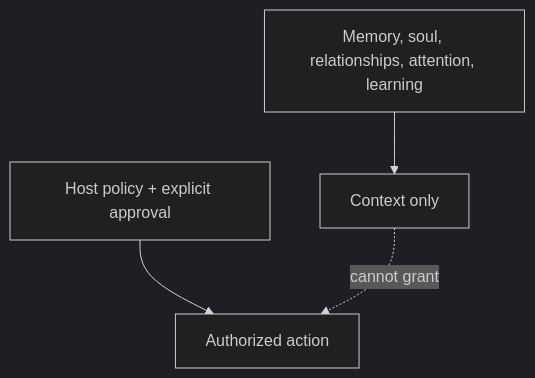
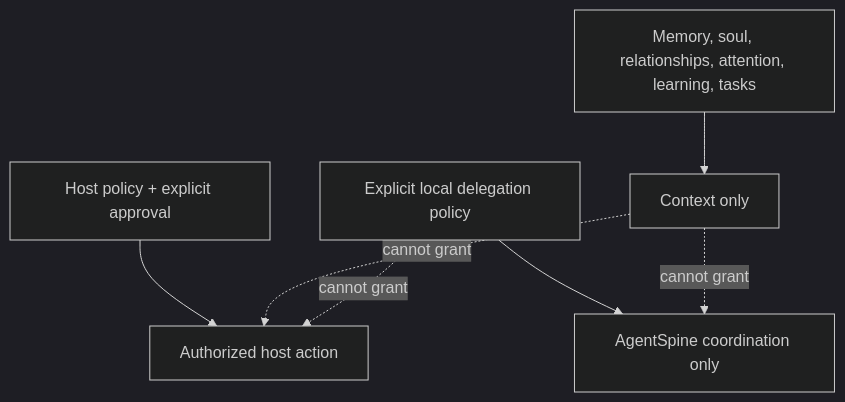
The third of 3 diagrams in docs/architecture.md (Maykbiletti/AgentSpine), drawn with Mermaid (dark theme) before and after one commit. The commit also changed other lines of this file and 20 other files, not shown here.

Commit message:
feat: add default-deny agent coordination

````diff
--- a/docs/architecture.md
+++ b/docs/architecture.md
@@ -69,6 +71,9 @@
 ```mermaid
 flowchart TB
-    P["Host policy + explicit approval"] --> A["Authorized action"]
-    M["Memory, soul, relationships, attention, learning"] --> C["Context only"]
+    P["Host policy + explicit approval"] --> A["Authorized host action"]
+    D["Explicit local delegation policy"] --> T["AgentSpine coordination only"]
+    M["Memory, soul, relationships, attention, learning, tasks"] --> C["Context only"]
     C -. "cannot grant" .-> A
+    C -. "cannot grant" .-> T
+    D -. "cannot grant" .-> A
 ```
````
